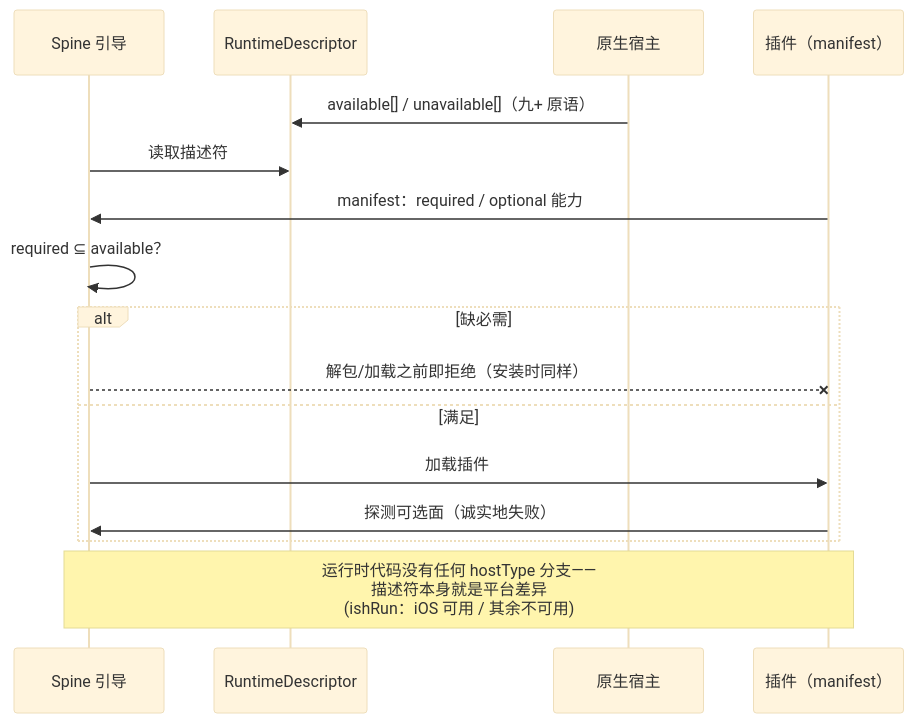
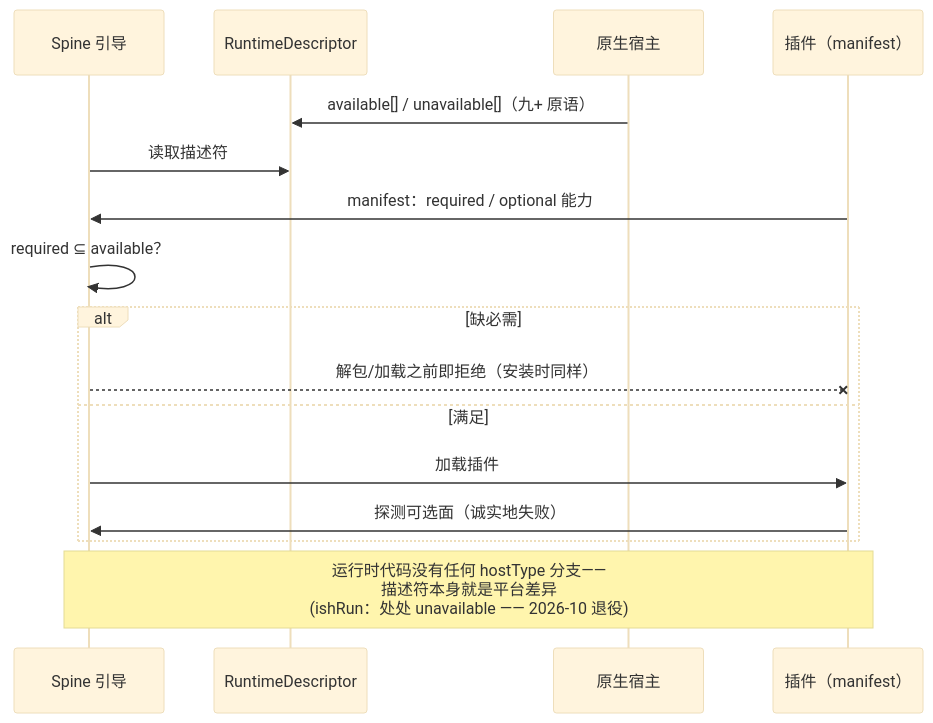
Before and after one commit to Lixiang9716/def: the third of 10 diagrams in doc/sequence-diagrams.zh.md, drawn with Mermaid (base theme). The commit also changed other lines of this file and 68 other files, not shown here.

First line of the commit message:
chore(ish): retire the engine, the CI escape hatches, and the honest-unavailable posture (PR-3)

````diff
--- a/doc/sequence-diagrams.zh.md
+++ b/doc/sequence-diagrams.zh.md
@@ -72,19 +72,19 @@
 ```mermaid
 sequenceDiagram
     participant S as Spine 引导
     participant D as RuntimeDescriptor
     participant N as 原生宿主
     participant P as 插件（manifest）
 
     N->>D: available[] / unavailable[]（九+ 原语）
     S->>D: 读取描述符
     P->>S: manifest：required / optional 能力
     S->>S: required ⊆ available？
     alt 缺必需
         S--xP: 解包/加载之前即拒绝（安装时同样）
     else 满足
         S->>P: 加载插件
         P->>S: 探测可选面（诚实地失败）
     end
-    Note over S,P: 运行时代码没有任何 hostType 分支——<br/>描述符本身就是平台差异<br/>(ishRun：iOS 可用 / 其余不可用)
+    Note over S,P: 运行时代码没有任何 hostType 分支——<br/>描述符本身就是平台差异<br/>(ishRun：处处 unavailable —— 2026-10 退役)
 ```
````
